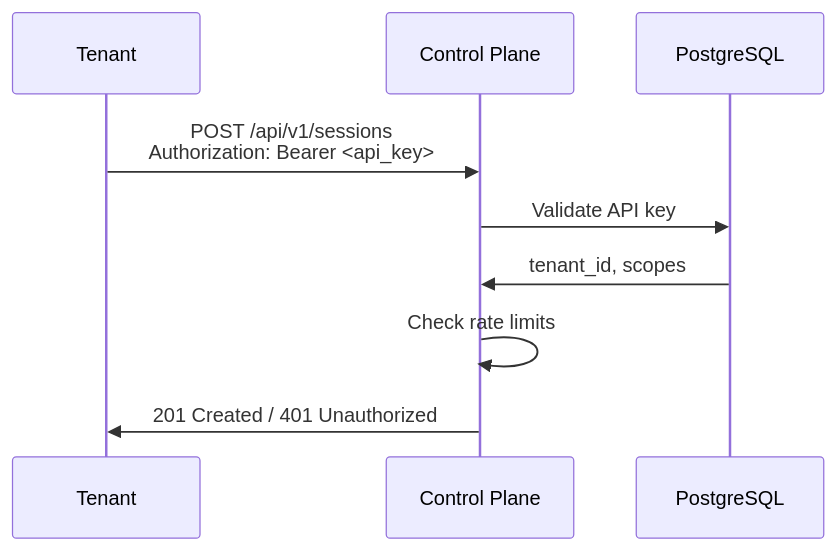
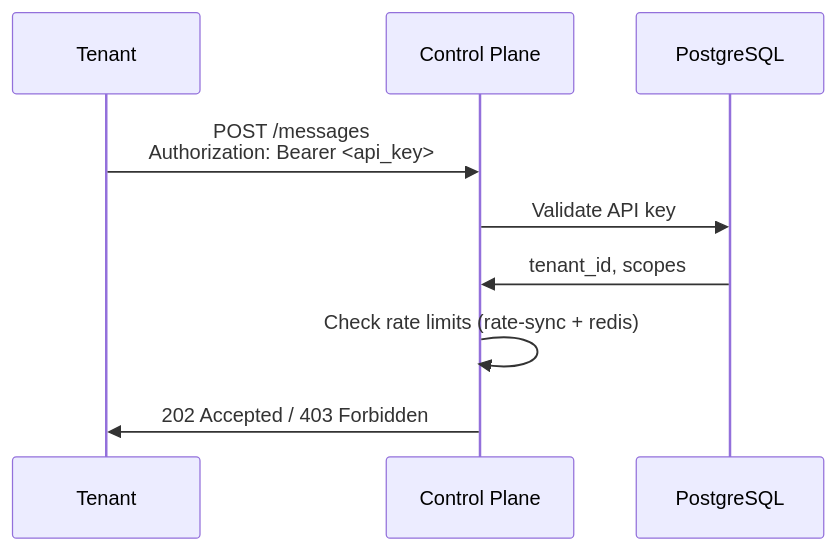
Before and after one commit to turbo-notify/docs: the first of 6 diagrams in architecture/authentication-flow.md, drawn with Mermaid. The commit also changed other lines of this file and 29 other files, not shown here.

````diff
--- a/architecture/authentication-flow.md
+++ b/architecture/authentication-flow.md
@@ -24,12 +24,12 @@
 ```mermaid
 sequenceDiagram
     participant T as Tenant
     participant API as Control Plane
     participant DB as PostgreSQL
 
-    T->>API: POST /api/v1/sessions<br/>Authorization: Bearer <api_key>
+    T->>API: POST /messages<br/>Authorization: Bearer <api_key>
     API->>DB: Validate API key
     DB->>API: tenant_id, scopes
-    API->>API: Check rate limits
-    API->>T: 201 Created / 401 Unauthorized
+    API->>API: Check rate limits (rate-sync + redis)
+    API->>T: 202 Accepted / 403 Forbidden
 ```
````
